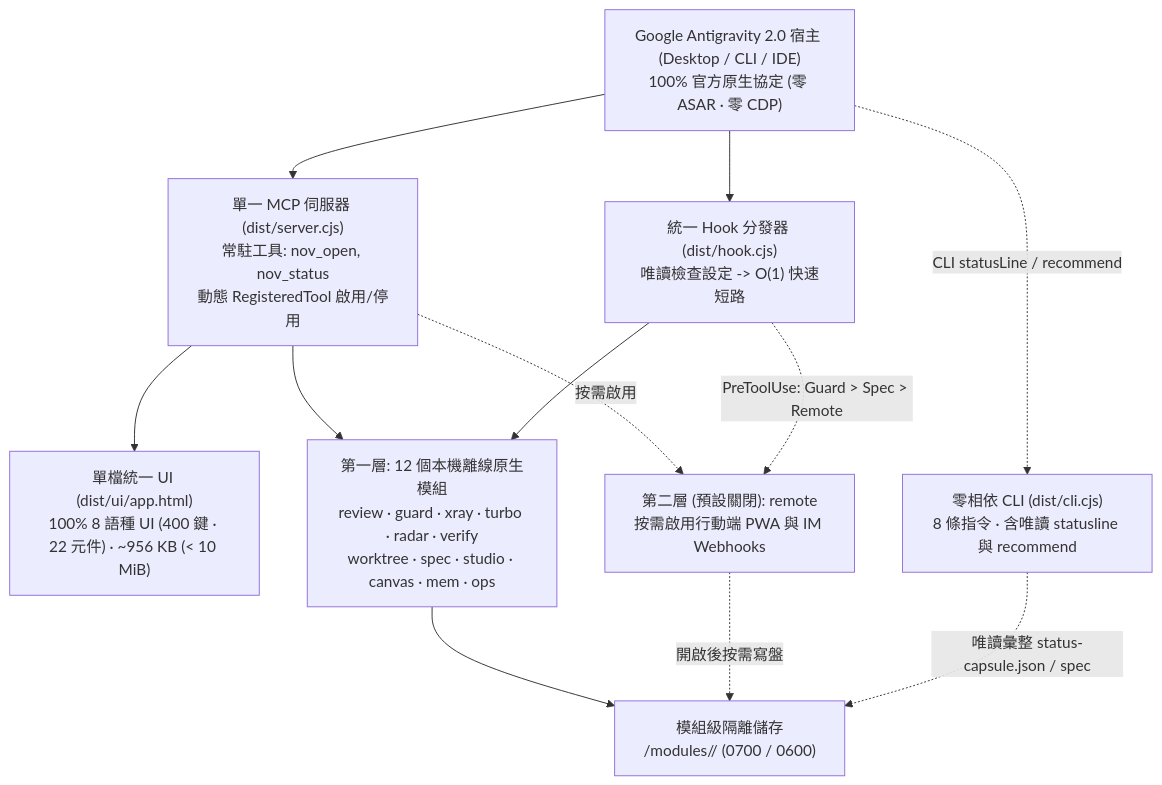
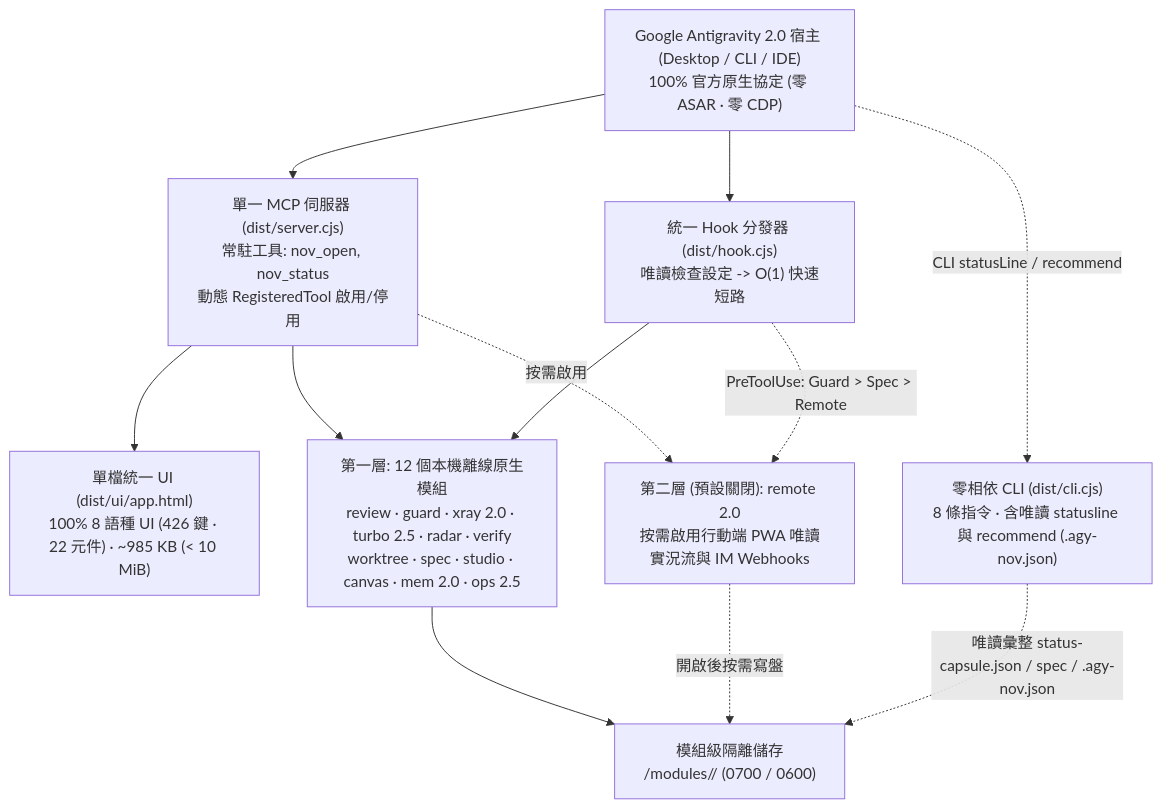
The diagram in docs/i18n/README.zh-TW.md (tone-leh/agy-NOV), drawn with Mermaid before and after one commit. The commit also changed other lines of this file and 59 other files, not shown here.

Commit message:
feat(v0.6.0): Mem 2.0 progressive disclosure & <private>, Turbo 2.5 gain & 8.8KB guardrail, Remote 2.0 read-only stream, .agy-nov.json team preset & Ops 2.5

````diff
--- a/docs/i18n/README.zh-TW.md
+++ b/docs/i18n/README.zh-TW.md
@@ -221,23 +224,23 @@
 ```mermaid
 flowchart TB
   Host["Google Antigravity 2.0 宿主 (Desktop / CLI / IDE)\n100% 官方原生協定 (零 ASAR · 零 CDP)"]
   MCP["單一 MCP 伺服器 (dist/server.cjs)\n常駐工具: nov_open, nov_status\n動態 RegisteredTool 啟用/停用"]
-  UI["單檔統一 UI (dist/ui/app.html)\n100% 8 語種 UI (400 鍵 · 22 元件) · ~956 KB (< 10 MiB)"]
+  UI["單檔統一 UI (dist/ui/app.html)\n100% 8 語種 UI (426 鍵 · 22 元件) · ~985 KB (< 10 MiB)"]
   Hook["統一 Hook 分發器 (dist/hook.cjs)\n唯讀檢查設定 -> O(1) 快速短路"]
-  CLI["零相依 CLI (dist/cli.cjs)\n8 條指令 · 含唯讀 statusline 與 recommend"]
+  CLI["零相依 CLI (dist/cli.cjs)\n8 條指令 · 含唯讀 statusline 與 recommend (.agy-nov.json)"]
   Store["模組級隔離儲存\n<dataDir>/modules/<id>/ (0700 / 0600)"]
-  T1["第一層: 12 個本機離線原生模組\nreview · guard · xray · turbo · radar · verify\nworktree · spec · studio · canvas · mem · ops"]
-  T2R["第二層 (預設關閉): remote\n按需啟用行動端 PWA 與 IM Webhooks"]
+  T1["第一層: 12 個本機離線原生模組\nreview · guard · xray 2.0 · turbo 2.5 · radar · verify\nworktree · spec · studio · canvas · mem 2.0 · ops 2.5"]
+  T2R["第二層 (預設關閉): remote 2.0\n按需啟用行動端 PWA 唯讀實況流與 IM Webhooks"]
 
   Host --> MCP
   Host --> Hook
   Host -. "CLI statusLine / recommend" .-> CLI
   MCP --> UI
   MCP --> T1
   MCP -. "按需啟用" .-> T2R
   Hook --> T1
   Hook -. "PreToolUse: Guard > Spec > Remote" .-> T2R
   T1 --> Store
   T2R -. "開啟後按需寫盤" .-> Store
-  CLI -. "唯讀彙整 status-capsule.json / spec" .-> Store
+  CLI -. "唯讀彙整 status-capsule.json / spec / .agy-nov.json" .-> Store
 ```
````
